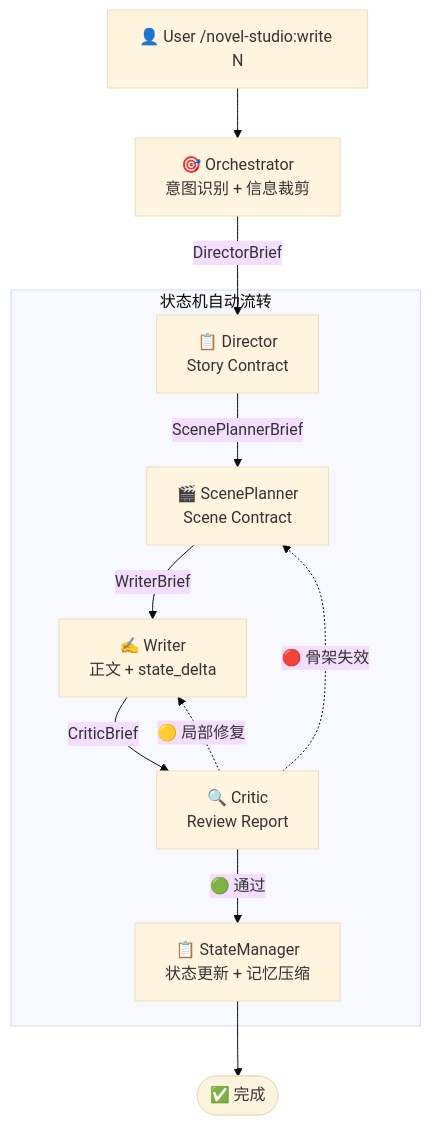
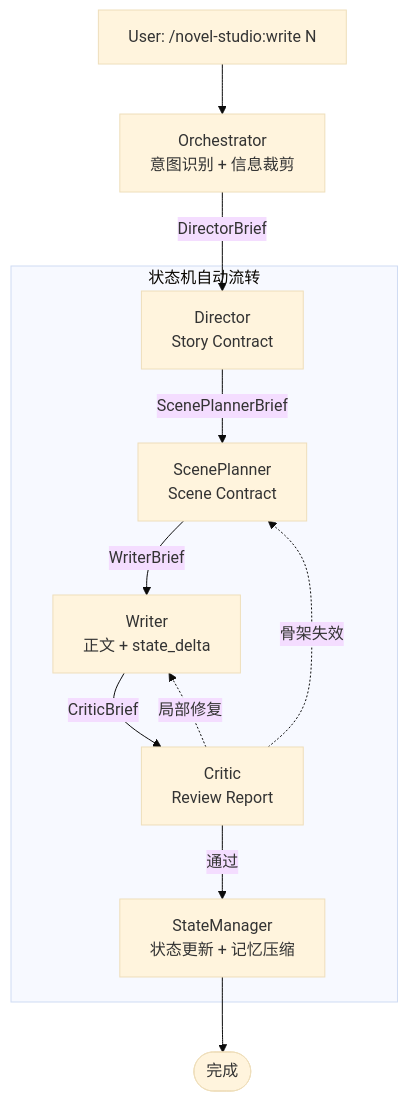
One commit to deathwhispers/novel-studio changed the diagram in README.md. Above: the diagram before and after it, drawn with Mermaid (base theme). The commit also changed other lines of this file and 1 other file, not shown here.

````diff
--- a/README.md
+++ b/README.md
@@ -9,24 +72,24 @@
 ```mermaid
 flowchart TD
-    User["👤 User /novel-studio:write N"]
-    Orchestrator["🎯 Orchestrator<br/>意图识别 + 信息裁剪"]
+    User["User: /novel-studio:write N"]
+    Orchestrator["Orchestrator<br/>意图识别 + 信息裁剪"]
 
     User --> Orchestrator
 
     subgraph Pipeline["状态机自动流转"]
-        Director["📋 Director<br/>Story Contract"]
-        ScenePlanner["🎬 ScenePlanner<br/>Scene Contract"]
-        Writer["✍️ Writer<br/>正文 + state_delta"]
-        Critic["🔍 Critic<br/>Review Report"]
-        StateManager["📋 StateManager<br/>状态更新 + 记忆压缩"]
+        Director["Director<br/>Story Contract"]
+        ScenePlanner["ScenePlanner<br/>Scene Contract"]
+        Writer["Writer<br/>正文 + state_delta"]
+        Critic["Critic<br/>Review Report"]
+        StateManager["StateManager<br/>状态更新 + 记忆压缩"]
     end
 
     Orchestrator -->|"DirectorBrief"| Director
     Director -->|"ScenePlannerBrief"| ScenePlanner
     ScenePlanner -->|"WriterBrief"| Writer
     Writer -->|"CriticBrief"| Critic
-    Critic -->|"🟢 通过"| StateManager
-    Critic -.->|"🟡 局部修复"| Writer
-    Critic -.->|"🔴 骨架失效"| ScenePlanner
-    StateManager --> Done(["✅ 完成"])
+    Critic -->|"通过"| StateManager
+    Critic -.->|"局部修复"| Writer
+    Critic -.->|"骨架失效"| ScenePlanner
+    StateManager --> Done(["完成"])
 ```
````
